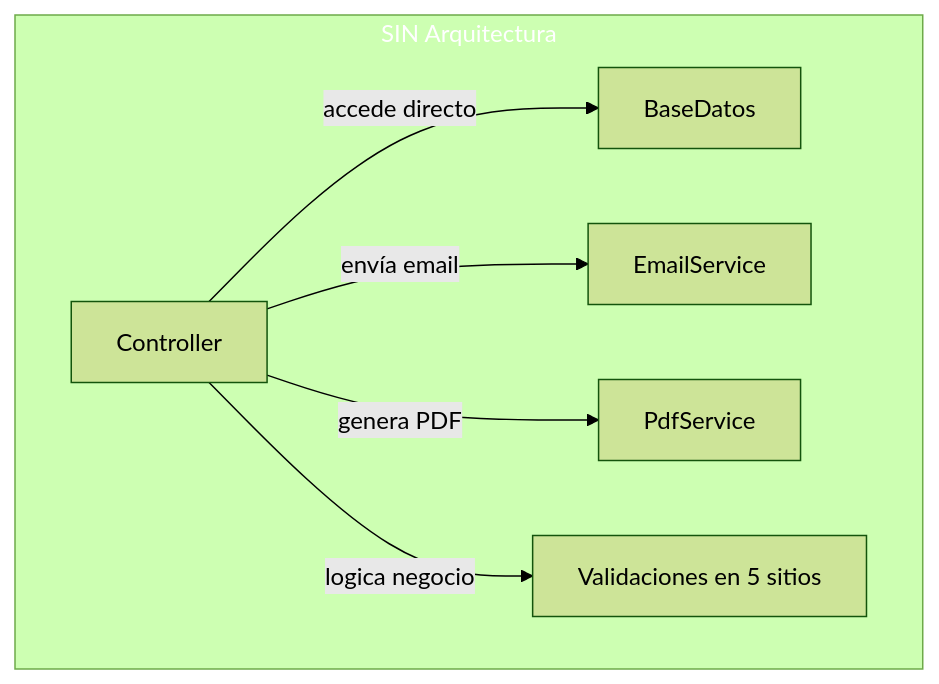
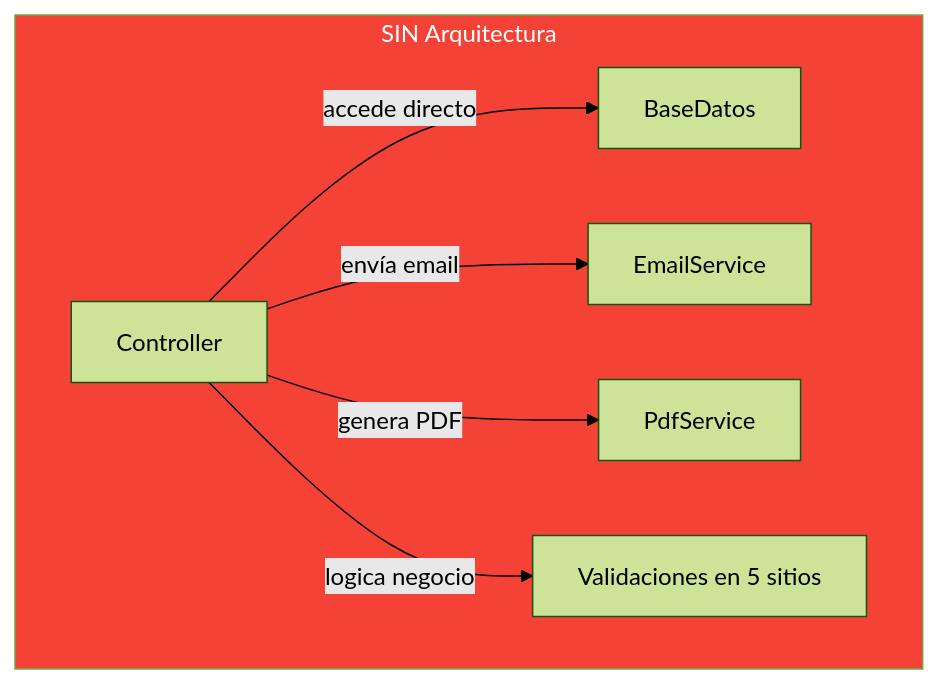
One commit to joseluisgs/DesarrolloWebEntornosServidor-02-2026-2027 changed the first of 8 diagrams in 11-clean-architecture.md. Above: the diagram before and after it, drawn with Mermaid (forest theme). The commit also changed other lines of this file and 29 other files, not shown here.

Commit message:
docs: corregir estilos Mermaid y estilo, quitar referencias a la Tienda y reestructurar los retos 13 y 15

````diff
--- a/11-clean-architecture.md
+++ b/11-clean-architecture.md
@@ -59,11 +59,11 @@
 ```mermaid
 flowchart TD
     subgraph MAL["SIN Arquitectura"]
         A1["Controller"] -->|"accede directo"| B1["BaseDatos"]
         A1 -->|"envía email"| C1["EmailService"]
         A1 -->|"genera PDF"| D1["PdfService"]
         A1 -->|"logica negocio"| E1["Validaciones en 5 sitios"]
     end
 
-    style MAL fill:#f4433,color:#fff6,color:#fff
+    style MAL fill:#f44336,color:#fff
 ```
````
